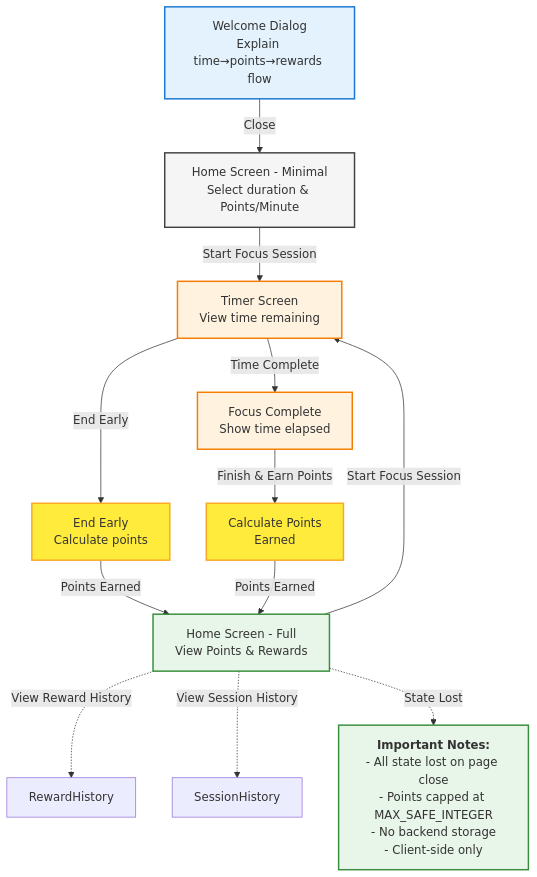
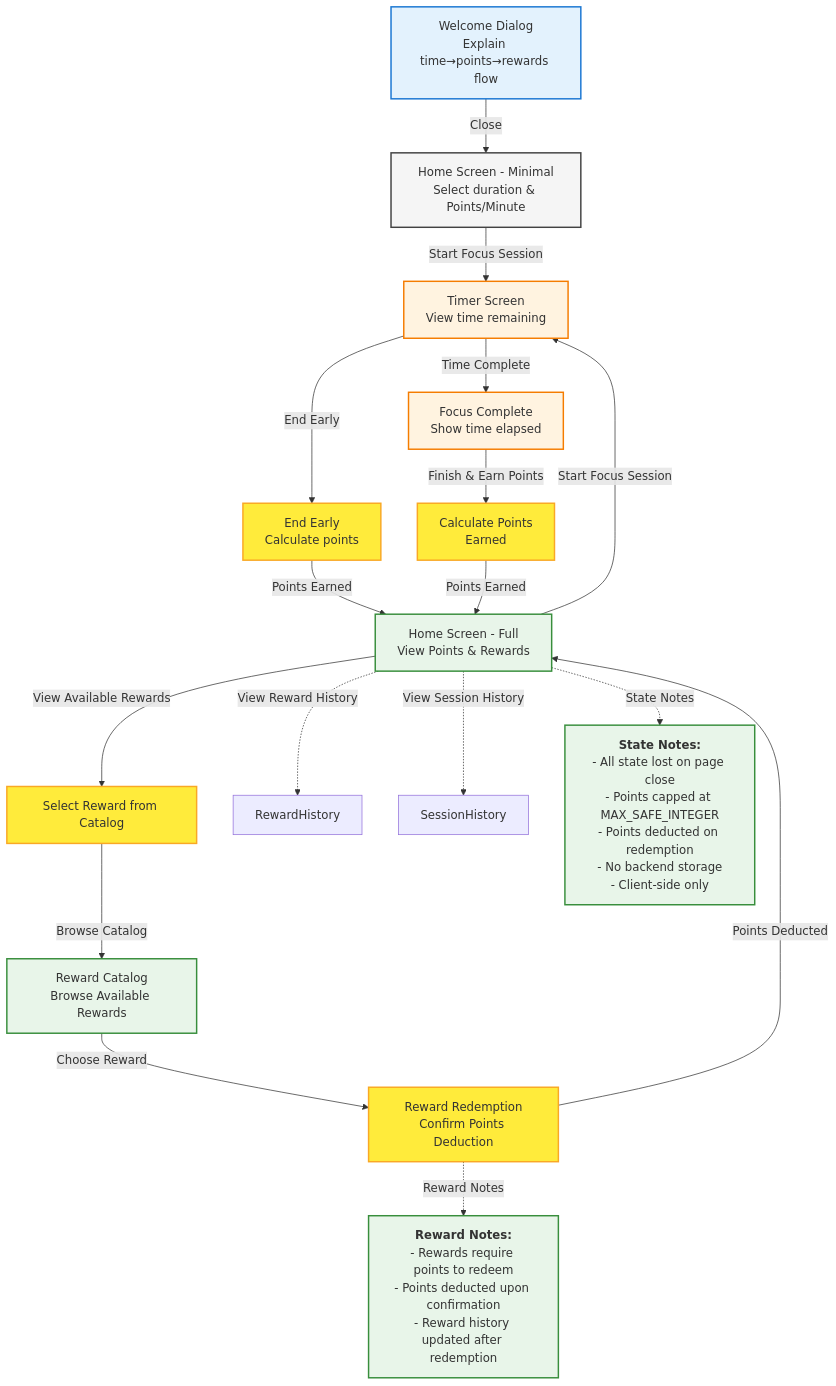
Before and after one commit to michellekli/PomoExchange: the diagram in design.md, drawn with Mermaid.

Commit message:
Add Reward Redepmtion path to 3.1 User Flow

````diff
--- a/design.md
+++ b/design.md
@@ -59,48 +59,63 @@
 ```mermaid
 flowchart TD
-    %% Define styles
-    classDef welcome fill:#e3f2fd,stroke:#1976d2,stroke-width:2px
-    classDef homeMinimal fill:#f5f5f5,stroke:#424242,stroke-width:2px
-    classDef timer fill:#fff3e0,stroke:#f57c00,stroke-width:2px
-    classDef homeFull fill:#e8f5e9,stroke:#388e3c,stroke-width:2px
-    classDef action fill:#ffeb3b,stroke:#f9a825,stroke-width:2px
+   %% Define styles
+   classDef welcome fill:#e3f2fd,stroke:#1976d2,stroke-width:2px
+   classDef homeMinimal fill:#f5f5f5,stroke:#424242,stroke-width:2px
+   classDef timer fill:#fff3e0,stroke:#f57c00,stroke-width:2px
+   classDef homeFull fill:#e8f5e9,stroke:#388e3c,stroke-width:2px
+   classDef action fill:#ffeb3b,stroke:#f9a825,stroke-width:2px
 
-    %% Welcome Dialog
-    Welcome[Welcome Dialog<br/>Explain time→points→rewards flow]:::welcome
-    Welcome -->|Close| HomeMinimal
+   %% Welcome Dialog
+   Welcome[Welcome Dialog<br/>Explain time→points→rewards flow]:::welcome
+   Welcome -->|Close| HomeMinimal
 
-    %% Home Screen - Minimal
-    HomeMinimal[Home Screen - Minimal<br/>Select duration & Points/Minute]:::homeMinimal
-    HomeMinimal -->|Start Focus Session| Timer
+   %% Home Screen - Minimal
+   HomeMinimal[Home Screen - Minimal<br/>Select duration & Points/Minute]:::homeMinimal
+   HomeMinimal -->|Start Focus Session| Timer
 
-    %% Timer Screen
-    Timer[Timer Screen<br/>View time remaining]:::timer
-    Timer -->|End Early| EndEarly
-    Timer -->|Time Complete| Complete
+   %% Timer Screen
+   Timer[Timer Screen<br/>View time remaining]:::timer
+   Timer -->|End Early| EndEarly
+   Timer -->|Time Complete| Complete
 
-    %% End Early Path
-    EndEarly[End Early<br/>Calculate points]:::action
-    EndEarly -->|Points Earned| HomeFull
+   %% End Early Path
+   EndEarly[End Early<br/>Calculate points]:::action
+   EndEarly -->|Points Earned| HomeFull
 
-    %% Complete Path
-    Complete[Focus Complete<br/>Show time elapsed]:::timer
-    Complete -->|Finish & Earn Points| EarnPoints
+   %% Complete Path
+   Complete[Focus Complete<br/>Show time elapsed]:::timer
+   Complete -->|Finish & Earn Points| EarnPoints
 
-    %% Earn Points Path
-    EarnPoints[Calculate Points<br/>Earned]:::action
-    EarnPoints -->|Points Earned| HomeFull
+   %% Earn Points Path
+   EarnPoints[Calculate Points<br/>Earned]:::action
+   EarnPoints -->|Points Earned| HomeFull
 
-    %% Home Screen - Full
-    HomeFull[Home Screen - Full<br/>View Points & Rewards]:::homeFull
-    HomeFull -->|Start Focus Session| Timer
+   %% Home Screen - Full
+   HomeFull[Home Screen - Full<br/>View Points & Rewards]:::homeFull
+   HomeFull -->|Start Focus Session| Timer
+   HomeFull -->|View Available Rewards| RewardSelection
 
-    %% Reward History
-    HomeFull -.->|View Reward History| RewardHistory
-    HomeFull -.->|View Session History| SessionHistory
+   %% Reward Selection Path
+   RewardSelection[Select Reward from Catalog]:::action
+   RewardSelection -->|Browse Catalog| RewardCatalog
 
-    %% State Notes
-    note1[<b>Important Notes:</b><br/>- All state lost on page close<br/>- Points capped at MAX_SAFE_INTEGER<br/>- No backend storage<br/>- Client-side only]:::homeFull
+   %% Reward Catalog
+   RewardCatalog[Reward Catalog<br/>Browse Available Rewards]:::homeFull
+   RewardCatalog -->|Choose Reward| RewardRedemption
 
-    %% Connect notes
-    HomeFull -.->|State Lost| note1
+   %% Reward Redemption Path
+   RewardRedemption[Reward Redemption<br/>Confirm Points Deduction]:::action
+   RewardRedemption -->|Points Deducted| HomeFull
+
+   %% Reward History
+   HomeFull -.->|View Reward History| RewardHistory
+   HomeFull -.->|View Session History| SessionHistory
+
+   %% State Notes
+   note1[<b>State Notes:</b><br/>- All state lost on page close<br/>- Points capped at MAX_SAFE_INTEGER<br/>- Points deducted on redemption<br/>- No backend storage<br/>- Client-side only]:::homeFull
+   note2[<b>Reward Notes:</b><br/>- Rewards require points to redeem<br/>- Points deducted upon confirmation<br/>- Reward history updated after redemption]:::homeFull
+
+   %% Connect notes
+   HomeFull -.->|State Notes| note1
+   RewardRedemption -.->|Reward Notes| note2
 ```
````
